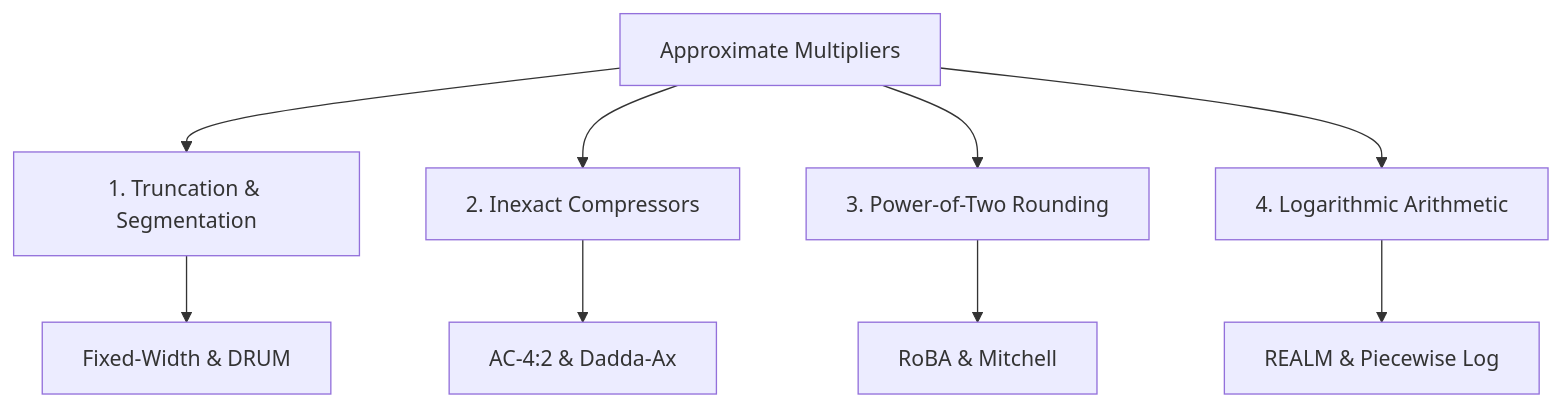
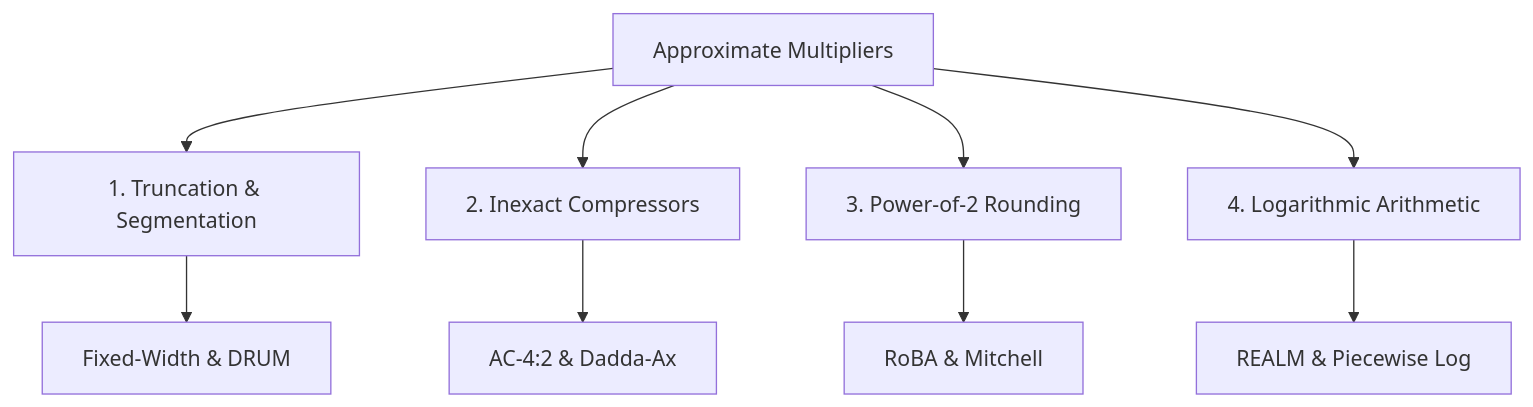
One commit to Inexact-Computing/public changed the diagram in docs/taxonomy/multipliers.md. Above: the diagram before and after it, drawn with Mermaid. The commit also changed other lines of this file and 8 other files, not shown here.

````diff
--- a/docs/taxonomy/multipliers.md
+++ b/docs/taxonomy/multipliers.md
@@ -47,12 +47,12 @@
 ```mermaid
 graph TD
     M[Approximate Multipliers] --> F1[1. Truncation & Segmentation]
     M --> F2[2. Inexact Compressors]
-    M --> F3[3. Power-of-Two Rounding]
+    M --> F3[3. Power-of-2 Rounding]
     M --> F4[4. Logarithmic Arithmetic]
 
     F1 --> D1[Fixed-Width & DRUM]
     F2 --> D2[AC-4:2 & Dadda-Ax]
     F3 --> D3[RoBA & Mitchell]
     F4 --> D4[REALM & Piecewise Log]
 ```
````
